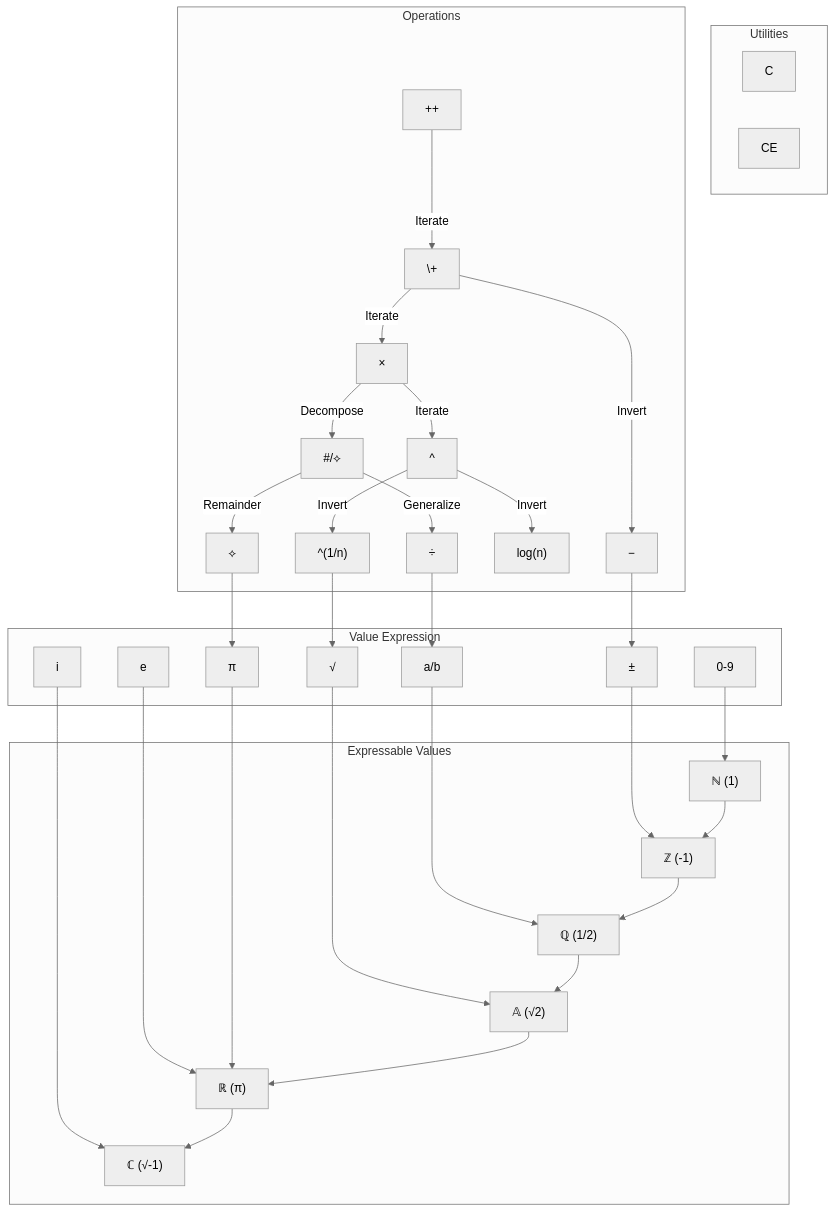
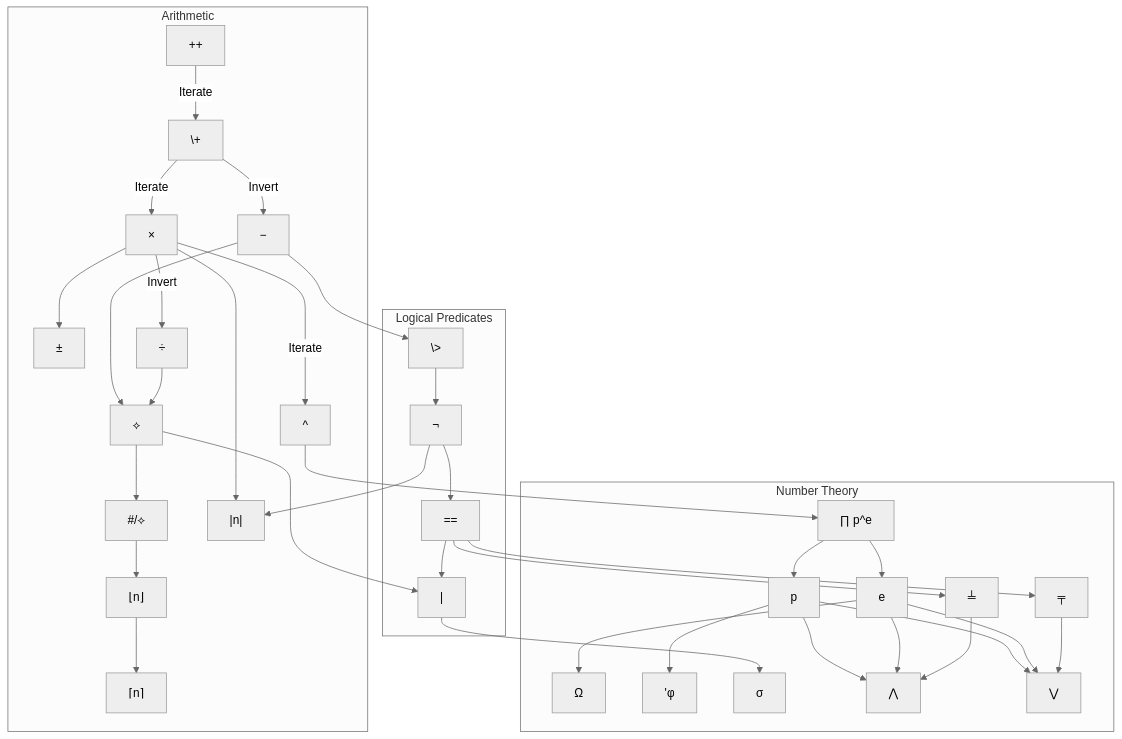
The diagram in design_refs/dependency_map.mmd (Gammapod/AutoCalc), drawn with Mermaid (neutral theme) before and after one commit. The commit also changed 3 other files, not shown here.

```diff
--- a/design_refs/dependency_map.mmd
+++ b/design_refs/dependency_map.mmd
@@ -1,68 +1,121 @@
 flowchart TD
 
-subgraph Inputs ["Value Expression"]
-    Ineg["±"]
-    Ifrac["a/b"]
-    Iroot["√"]
-    Iim["i"]
-    Ipi["π"]
-    Ie["e"]
-    Idigits["0-9"]
-end
-subgraph Utilities ["Utilities"]
-    Uc["C"]
-    Uce["CE"]
+%% subgraph Inputs ["Value Expression"]
+%%     Iim["i"]
+%%     Idigits["0-9"]
+%% end
+%% subgraph Utilities ["Utilities"]
+%%     Uc["C"]
+%%     Uce["CE"]
+%% end
+%% subgraph Expressable ["Expressable Values"]
+%%     NN["ℕ (1)"]
+%%     NZ["ℤ (-1)"]
+%%     NQ["ℚ (1/2)"]
+%%     NA["𝔸 (√2)"]
+%%     NR["ℝ (π)"]
+%%     NC["ℂ (√-1)"]
+%%     NN --> NZ --> NQ --> NA --> NR --> NC
+%% end
+
+subgraph Theory ["Number Theory"]
+    Tprime_expansion["∏ p^e"]
+    Tprime["p"]
+    Texponent["e"]
+    Tomega["Ω"]
+    %% Expanded form `[ Σe_p ]`
+    Ttotient["'φ"]
+    %% Expanded form `[ n × ∏(1-p^-1) ]`
+    Tdivisor_sum["σ"]
+    %% Expanded form `[ Σ( (d|n) × d) ]`
+    Tgcd["⋀"]
+    %% Expanded form `[ ∏p^(e_a ╤ e_b) ]`
+    Tlcm["⋁"]
+    %% Expanded form `[ ∏p^(e_a ╧ e_b) ]`
+    Tmin["╤"]  
+    %% Expanded form `[ a×(b>a) + b×((a>b) + (a==b)) ]`
+    Tmax["╧"]
+    %% Expanded form `[a×(a>b) + b×((b>a) + (b==a))]`
+
+
+    Tprime_expansion --> Tprime
+    Tprime_expansion --> Texponent
+
+    Texponent --> Tomega
+
+    Tprime --> Ttotient
+
+    Tprime --> Tgcd
+    Texponent --> Tgcd
+    Tmax --> Tgcd
+
+    Tprime --> Tlcm
+    Texponent --> Tlcm
+    Tmin --> Tlcm
+
 end
 
-subgraph Operations ["Operations"]
-    Oinc["++"]
-    Oplus["\+"]
-    Ominus["−"]
-    Omul["×"]
-    Odiv["÷"]
-    Opow["^"]
-    Oeudiv["#/⟡"]
-    Omod["⟡"]
-    Olog["log(n)"]
-    Oroot["^(1/n)"]
+subgraph Arithmetic ["Arithmetic"]
+    Ainc["++"]
+    Aneg["±"]
+    Aminus["−"]
+    Aplus["\+"]
+    Amul["×"]
+    Adiv["÷"]
+    Apow["^"]
+    Aeudiv["#/⟡"]
+    %% Expanded form `[ a - (a ⟡ b) ÷ b ]`
+    Amod["⟡"]
+    %% Expanded form `[ a – (a ÷ b)]
+    Aabs["|n|"]
+    %% Expanded form `[ ¬n × n ]`
+    Afloor["⌊n⌋"]
+    %% Expanded form `[ (n # 1)  ]`
+    Aceil["⌈n⌉"]
+    %% Expanded form `[ (⌊n⌋ ++) ]`
 
-    Oinc -->|Iterate| Oplus
+    Ainc -->|Iterate| Aplus
+    Aplus -->|Iterate| Amul
+    Amul -->|Iterate| Apow
 
-    Oplus -->|Invert| Ominus
-    Oplus -->|Iterate| Omul
+    Aplus -->|Invert| Aminus
+    Amul -->|Invert| Adiv
 
-    Omul -->|Decompose| Oeudiv
-    Omul -->|Iterate| Opow
+    Aminus --> Amod
+    Adiv --> Amod
+    Amod --> Aeudiv
     
-    Oeudiv -->|Generalize| Odiv
-    Oeudiv -->|Remainder| Omod
+    Aeudiv --> Afloor
 
-    Opow -->|Invert| Oroot
-    Opow -->|Invert| Olog
+    Afloor --> Aceil
+
+    Amul --> Aabs
+    Amul --> Aneg
 end
 
-subgraph Expressable ["Expressable Values"]
-    NN["ℕ (1)"]
-    NZ["ℤ (-1)"]
-    NQ["ℚ (1/2)"]
-    NA["𝔸 (√2)"]
-    NR["ℝ (π)"]
-    NC["ℂ (√-1)"]
-
-    NN --> NZ --> NQ --> NA --> NR --> NC
+subgraph Logic ["Logical Predicates"]
+    Lnot["¬"]
+    %% Expanded form `[ 1 > n]`
+    Ldivides["|"]
+    %% Expanded form `[ (b ⟡ a) == 0 ]`
+    Lequals["=="]
+    %% Expanded form `a [ - b] [ ¬ ]`
+    Lgreater["\>"]
+    %% Expanded form `[ (a - b) == |a - b| ]
+    Lgreater --> Lnot --> Lequals --> Ldivides
 end
-
     
-Idigits --> NN
-
-Ineg --> NZ
-Ominus --> Ineg
-Odiv --> Ifrac
-Oroot --> Iroot
-Omod --> Ipi
-
-Ifrac --> NQ
-Iroot --> NA
-Ipi --> NR
-Ie --> NR
-Iim --> NC
+Apow --> Tprime_expansion
+Ldivides --> Tdivisor_sum
+Lequals --> Tmin
+Lequals --> Tmax
+Aminus --> Lgreater
+Amod --> Ldivides
+Lnot --> Aabs
+    %% 
+%% Idigits --> NN
+%% 
+%% Aneg --> NZ
+%% 
+%% Adiv --> NQ
+%% Iim --> NC
```
